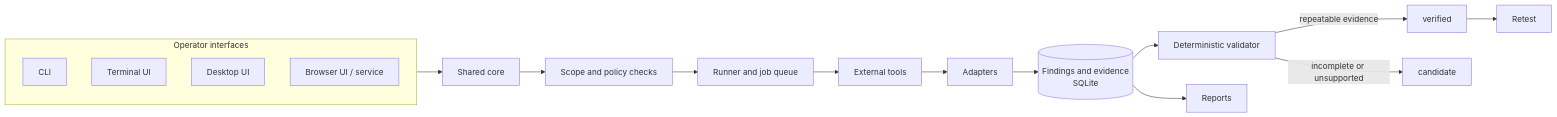
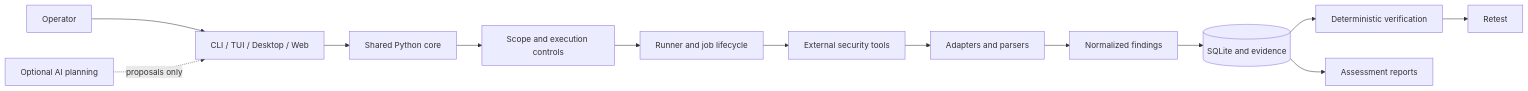
Before and after one commit to andreipath26/WHAXON-AI-Forensics: the diagram in README.md, drawn with Mermaid. The commit also changed other lines of this file and 2 other files, not shown here.

````diff
--- a/README.md
+++ b/README.md
@@ -88,20 +73,15 @@
 ```mermaid
 flowchart LR
-    subgraph UI[Operator interfaces]
-        CLI[CLI]
-        TUI[Terminal UI]
-        GUI[Desktop UI]
-        WEB[Browser UI / service]
-    end
-    UI --> CORE[Shared core]
-    CORE --> SCOPE[Scope and policy checks]
-    SCOPE --> RUN[Runner and job queue]
-    RUN --> TOOLS[External tools]
-    TOOLS --> ADP[Adapters]
-    ADP --> FIND[(Findings and evidence<br/>SQLite)]
-    FIND --> VAL[Deterministic validator]
-    VAL -->|repeatable evidence| VERIFIED[verified]
-    VAL -->|incomplete or unsupported| CANDIDATE[candidate]
-    VERIFIED --> RETEST[Retest]
-    FIND --> REPORT[Reports]
+    OP[Operator] --> IF[CLI / TUI / Desktop / Web]
+    IF --> CORE[Shared Python core]
+    CORE --> POLICY[Scope and execution controls]
+    POLICY --> RUN[Runner and job lifecycle]
+    RUN --> EXT[External security tools]
+    EXT --> ADP[Adapters and parsers]
+    ADP --> FIND[Normalized findings]
+    FIND --> STORE[(SQLite and evidence)]
+    STORE --> VERIFY[Deterministic verification]
+    VERIFY --> RETEST[Retest]
+    STORE --> REPORT[Assessment reports]
+    AI[Optional AI planning] -. proposals only .-> IF
 ```
````
